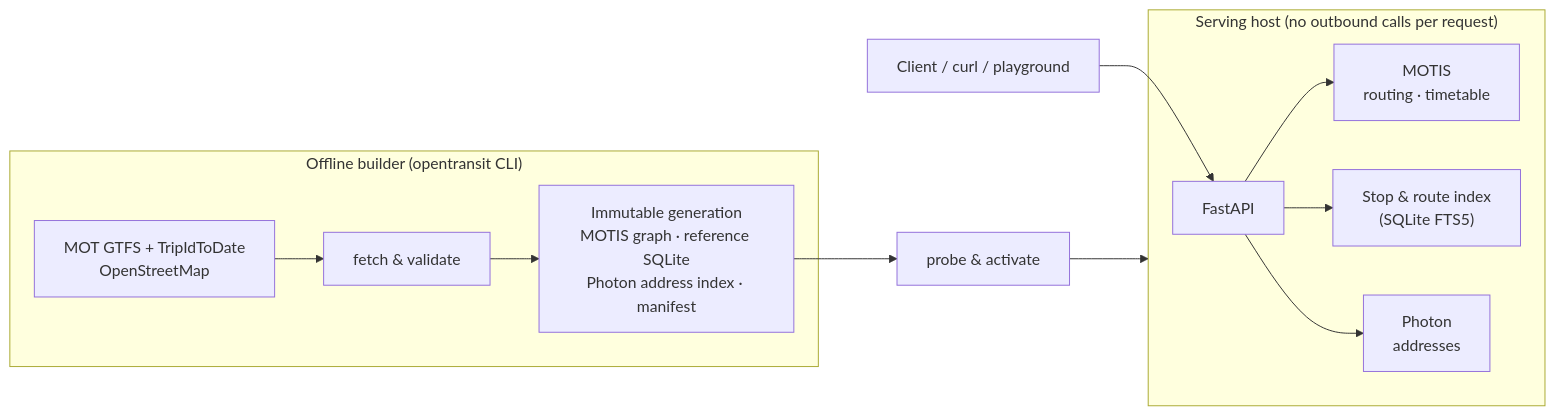
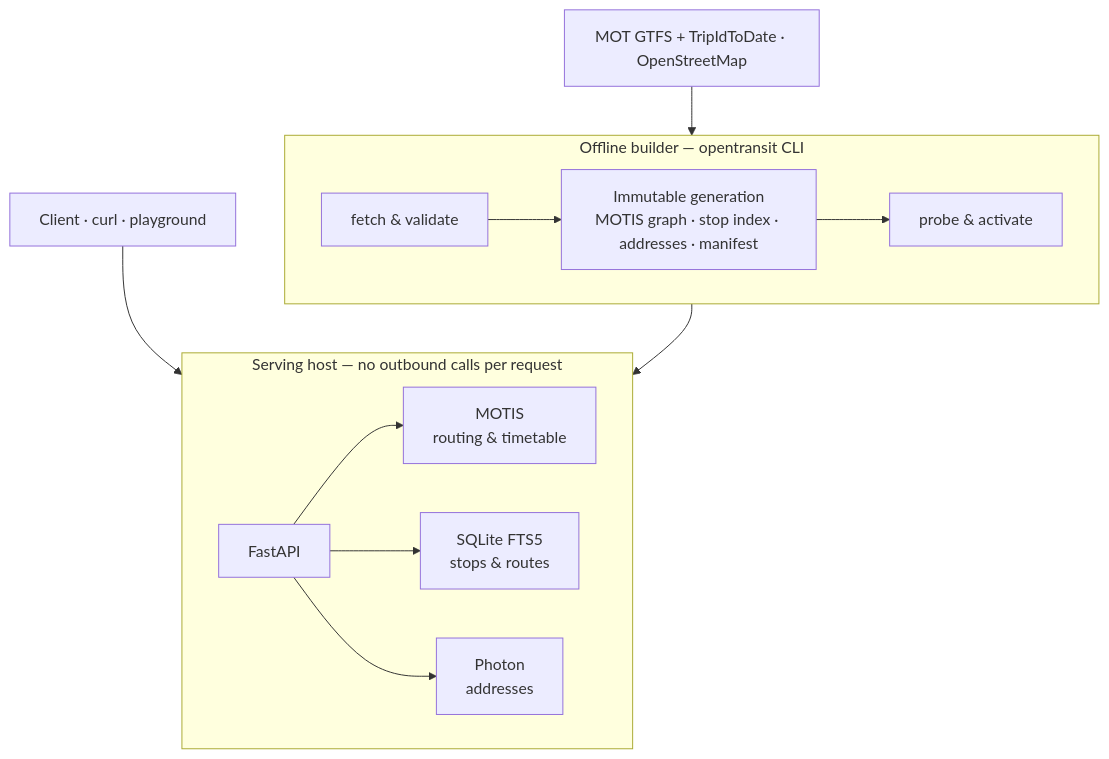
Before and after one commit to tisheldev/OpenTransit: the diagram in README.md, drawn with Mermaid.

Commit message:
docs(readme): top-down architecture diagram for legibility

````diff
--- a/README.md
+++ b/README.md
@@ -81,15 +81,18 @@
 ```mermaid
-flowchart LR
-  subgraph build["Offline builder (opentransit CLI)"]
-    feeds["MOT GTFS + TripIdToDate<br/>OpenStreetMap"] --> validate["fetch & validate"]
-    validate --> gen["Immutable generation<br/>MOTIS graph · reference SQLite<br/>Photon address index · manifest"]
+flowchart TB
+  feeds["MOT GTFS + TripIdToDate · OpenStreetMap"]
+  subgraph build["Offline builder — opentransit CLI"]
+    direction LR
+    validate["fetch & validate"] --> gen["Immutable generation<br/>MOTIS graph · stop index · addresses · manifest"]
+    gen --> probe["probe & activate"]
   end
-  gen --> probe["probe & activate"]
-  subgraph serve["Serving host (no outbound calls per request)"]
-    api["FastAPI"] --> motis["MOTIS<br/>routing · timetable"]
-    api --> sqlite["Stop & route index<br/>(SQLite FTS5)"]
+  subgraph serve["Serving host — no outbound calls per request"]
+    direction LR
+    api["FastAPI"] --> motis["MOTIS<br/>routing & timetable"]
+    api --> sqlite["SQLite FTS5<br/>stops & routes"]
     api --> photon["Photon<br/>addresses"]
   end
+  feeds --> validate
   probe --> serve
-  client["Client / curl / playground"] --> api
+  client["Client · curl · playground"] --> api
 ```
````
